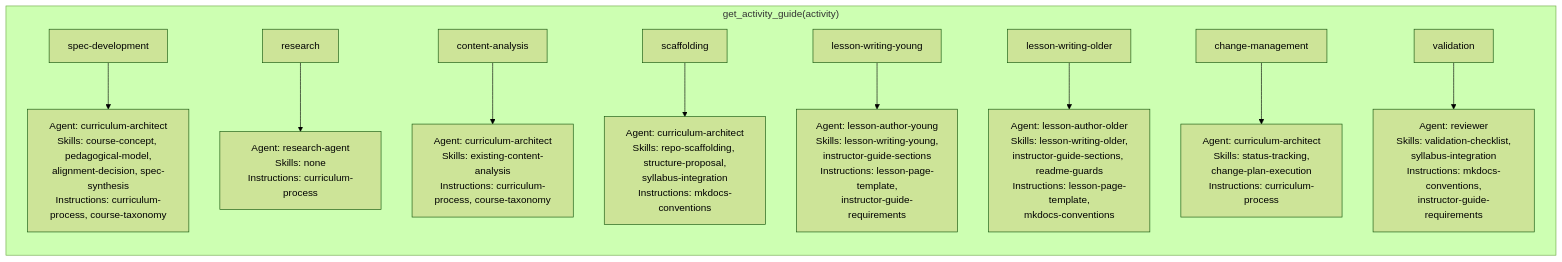
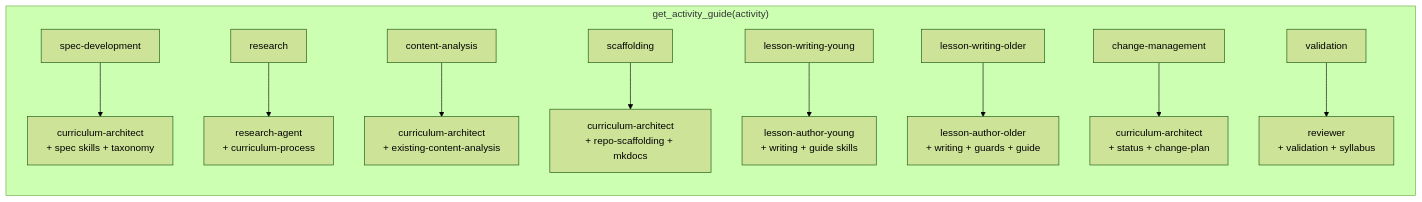
One commit to league-infrastructure/curik changed the sixth of 6 diagrams in docs/curik-mcp-server-spec.md. Above: the diagram before and after it, drawn with Mermaid (forest theme). The commit also changed other lines of this file and 1 other file, not shown here.

Commit message:
docs: add MCP server spec, remove outdated v1 project plan

````diff
--- a/docs/curik-mcp-server-spec.md
+++ b/docs/curik-mcp-server-spec.md
@@ -577,20 +592,13 @@
 ```mermaid
 flowchart LR
     subgraph "get_activity_guide(activity)"
-        A1["spec-development"] --> B1["Agent: curriculum-architect\nSkills: course-concept, pedagogical-model,\nalignment-decision, spec-synthesis\nInstructions: curriculum-process, course-taxonomy"]
-        
-        A2["research"] --> B2["Agent: research-agent\nSkills: none\nInstructions: curriculum-process"]
-        
-        A3["content-analysis"] --> B3["Agent: curriculum-architect\nSkills: existing-content-analysis\nInstructions: curriculum-process, course-taxonomy"]
-        
-        A4["scaffolding"] --> B4["Agent: curriculum-architect\nSkills: repo-scaffolding, structure-proposal,\nsyllabus-integration\nInstructions: mkdocs-conventions"]
-        
-        A5["lesson-writing-young"] --> B5["Agent: lesson-author-young\nSkills: lesson-writing-young,\ninstructor-guide-sections\nInstructions: lesson-page-template,\ninstructor-guide-requirements"]
-        
-        A6["lesson-writing-older"] --> B6["Agent: lesson-author-older\nSkills: lesson-writing-older,\ninstructor-guide-sections, readme-guards\nInstructions: lesson-page-template,\nmkdocs-conventions"]
-        
-        A7["change-management"] --> B7["Agent: curriculum-architect\nSkills: status-tracking,\nchange-plan-execution\nInstructions: curriculum-process"]
-        
-        A8["validation"] --> B8["Agent: reviewer\nSkills: validation-checklist,\nsyllabus-integration\nInstructions: mkdocs-conventions,\ninstructor-guide-requirements"]
+        A1[spec-development] --> B1["curriculum-architect<br/>+ spec skills + taxonomy"]
+        A2[research] --> B2["research-agent<br/>+ curriculum-process"]
+        A3[content-analysis] --> B3["curriculum-architect<br/>+ existing-content-analysis"]
+        A4[scaffolding] --> B4["curriculum-architect<br/>+ repo-scaffolding + mkdocs"]
+        A5[lesson-writing-young] --> B5["lesson-author-young<br/>+ writing + guide skills"]
+        A6[lesson-writing-older] --> B6["lesson-author-older<br/>+ writing + guards + guide"]
+        A7[change-management] --> B7["curriculum-architect<br/>+ status + change-plan"]
+        A8[validation] --> B8["reviewer<br/>+ validation + syllabus"]
     end
 ```
````
